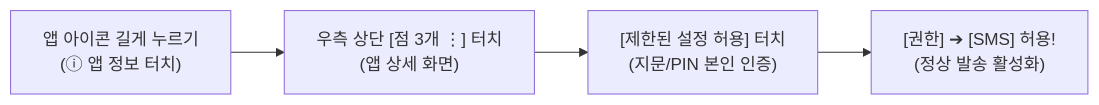
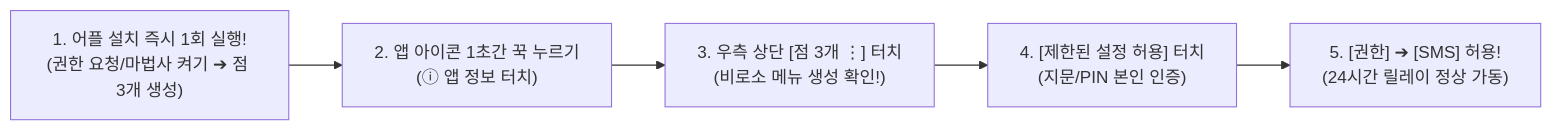
One commit to lsk0522/Hi_Dorm_SMS changed the second of 3 diagrams in README.md. Above: the diagram before and after it, drawn with Mermaid. The commit also changed other lines of this file and 1 other file, not shown here.

````diff
--- a/README.md
+++ b/README.md
@@ -83,6 +86,7 @@
 ```mermaid
 flowchart LR
-    R1["앱 아이콘 길게 누르기\n(ⓘ 앱 정보 터치)"] --> R2["우측 상단 [점 3개 ⋮] 터치\n(앱 상세 화면)"]
-    R2 --> R3["[제한된 설정 허용] 터치\n(지문/PIN 본인 인증)"]
-    R3 --> R4["[권한] ➔ [SMS] 허용!\n(정상 발송 활성화)"]
+    R0["1. 어플 설치 즉시 1회 실행!\n(권한 요청/마법사 켜기 ➔ 점 3개 생성)"] --> R1["2. 앱 아이콘 1초간 꾹 누르기\n(ⓘ 앱 정보 터치)"]
+    R1 --> R2["3. 우측 상단 [점 3개 ⋮] 터치\n(비로소 메뉴 생성 확인!)"]
+    R2 --> R3["4. [제한된 설정 허용] 터치\n(지문/PIN 본인 인증)"]
+    R3 --> R4["5. [권한] ➔ [SMS] 허용!\n(24시간 릴레이 정상 가동)"]
 ```
````
